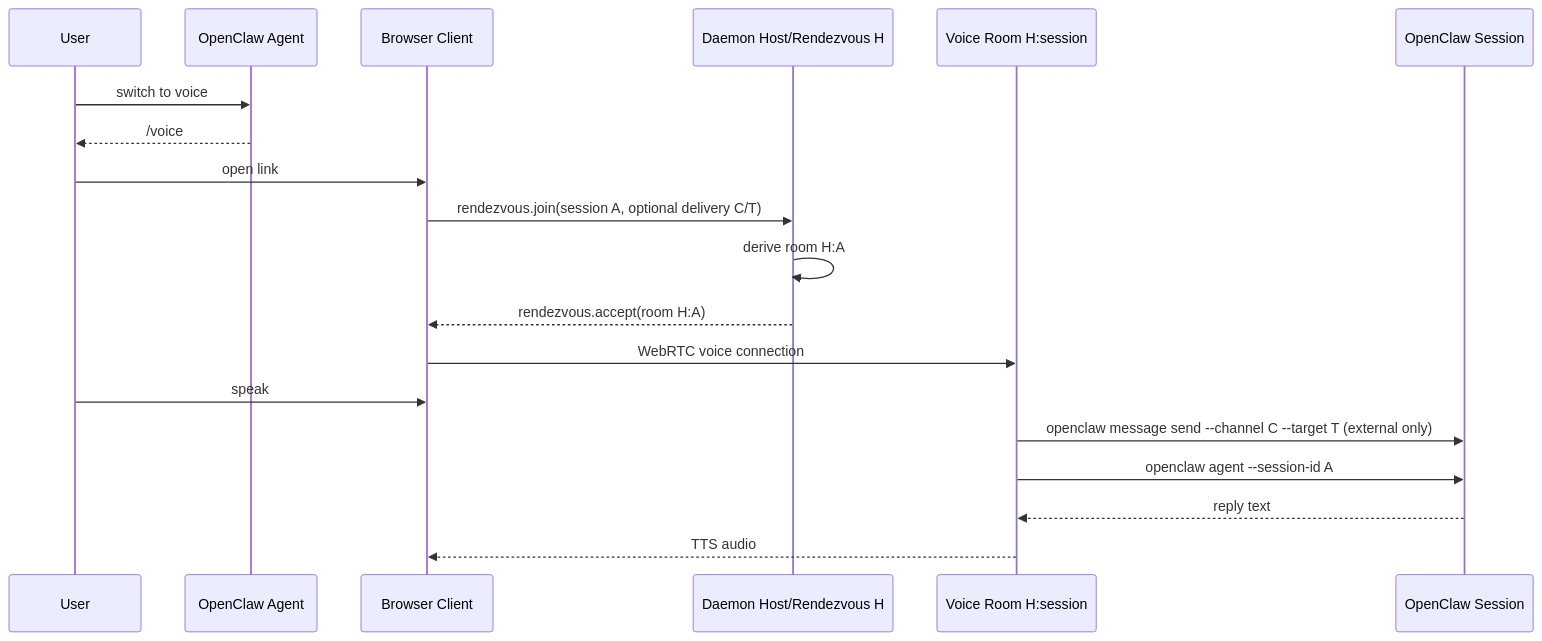
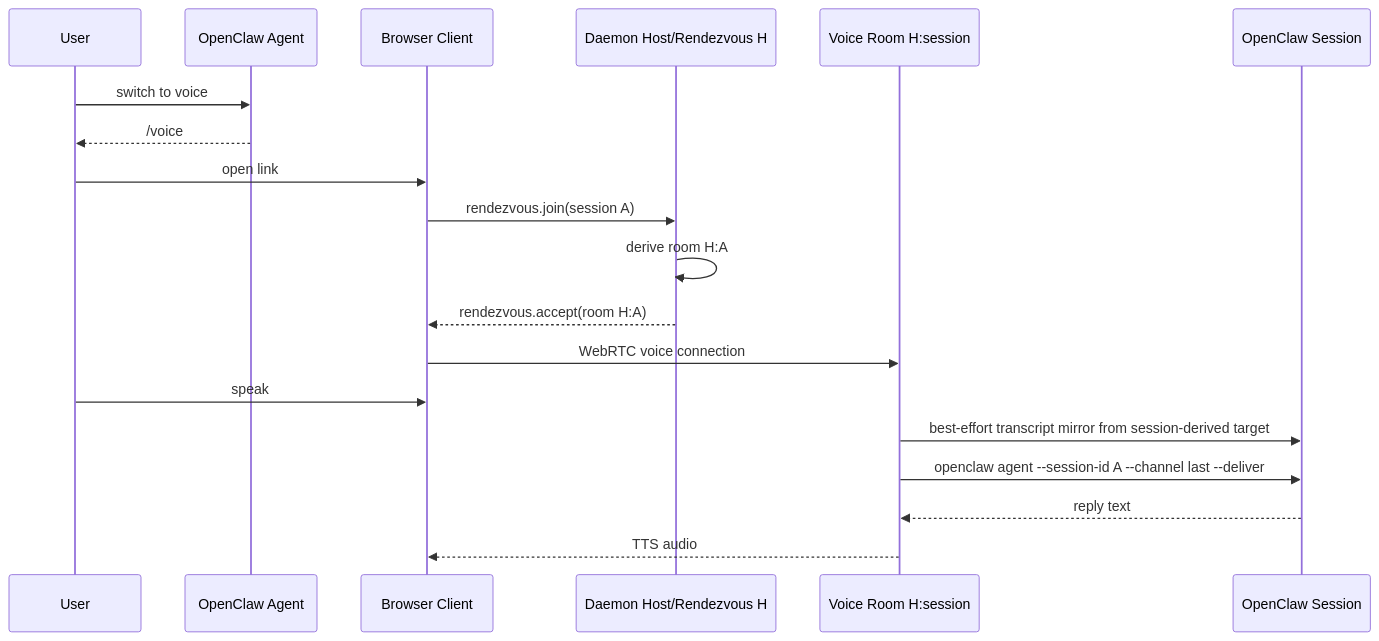
Before and after one commit to davidguttman/clawkie-talkie: the diagram in docs/voice-handoff.md, drawn with Mermaid. The commit also changed other lines of this file and 16 other files, not shown here.

Commit message:
Use host session only for voice handoffs

````diff
--- a/docs/voice-handoff.md
+++ b/docs/voice-handoff.md
@@ -132,22 +131,22 @@
 ```mermaid
 sequenceDiagram
   participant User
   participant Agent as OpenClaw Agent
   participant Phone as Browser Client
   participant Host as Daemon Host/Rendezvous H
   participant Room as Voice Room H:session
   participant OC as OpenClaw Session
 
   User->>Agent: switch to voice
-  Agent-->>User: /voice#host=H&session=A&channel=C&target=T
+  Agent-->>User: /voice#host=H&session=A
   User->>Phone: open link
-  Phone->>Host: rendezvous.join(session A, optional delivery C/T)
+  Phone->>Host: rendezvous.join(session A)
   Host->>Host: derive room H:A
   Host-->>Phone: rendezvous.accept(room H:A)
   Phone->>Room: WebRTC voice connection
   User->>Phone: speak
-  Room->>OC: openclaw message send --channel C --target T (external only)
-  Room->>OC: openclaw agent --session-id A
+  Room->>OC: best-effort transcript mirror from session-derived target
+  Room->>OC: openclaw agent --session-id A --channel last --deliver
   OC-->>Room: reply text
   Room-->>Phone: TTS audio
 ```
````
